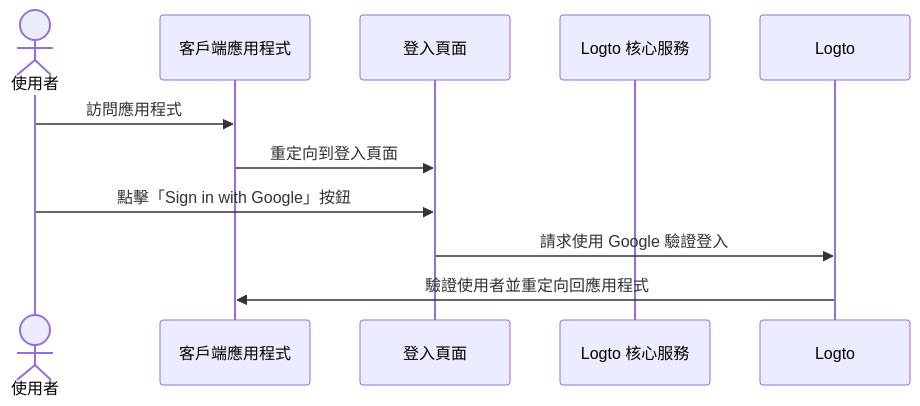
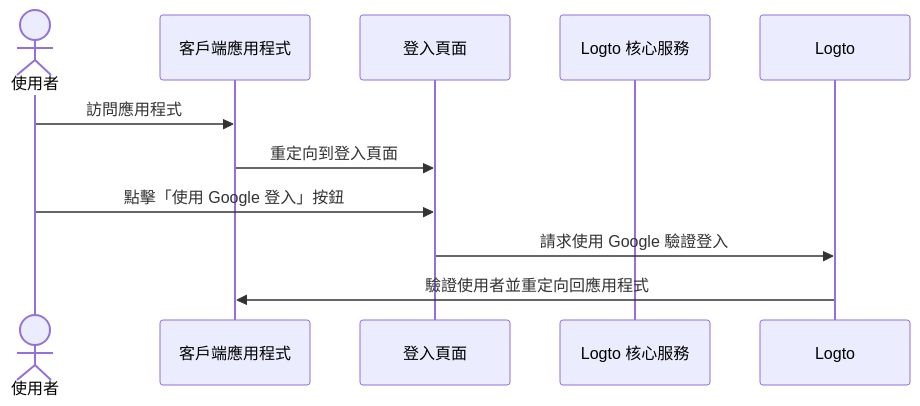
Before and after one commit to logto-io/docs: the second of 6 diagrams in i18n/zh-TW/docusaurus-plugin-content-docs/current/end-user-flows/sign-up-and-sign-in/social-sign-in.mdx, drawn with Mermaid. The commit also changed other lines of this file and 407 other files, not shown here.

````diff
--- a/i18n/zh-TW/docusaurus-plugin-content-docs/current/end-user-flows/sign-up-and-sign-in/social-sign-in.mdx
+++ b/i18n/zh-TW/docusaurus-plugin-content-docs/current/end-user-flows/sign-up-and-sign-in/social-sign-in.mdx
@@ -72,13 +72,13 @@
 ```mermaid
 sequenceDiagram
 actor user as 使用者
     participant app as 客戶端應用程式
     participant experience as 登入頁面
     participant logto as Logto 核心服務
 
     user->>app: 訪問應用程式
     app->>experience: 重定向到登入頁面
-    user->>experience: 點擊「Sign in with Google」按鈕
+    user->>experience: 點擊「使用 Google 登入」按鈕
     experience->>Logto: 請求使用 Google 驗證登入
     Logto->>app: 驗證使用者並重定向回應用程式
 ```
````
